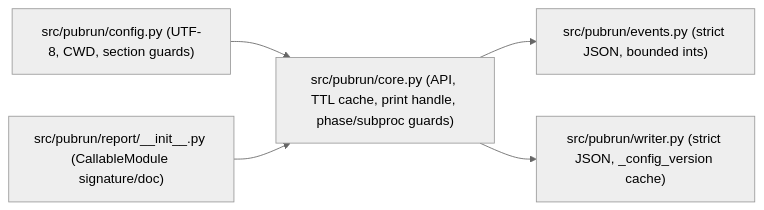
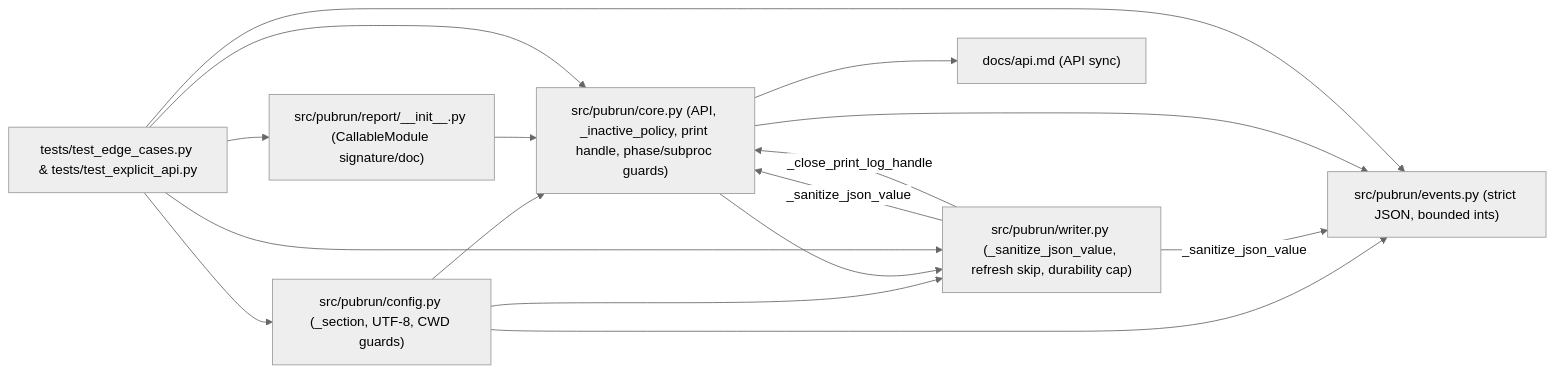
The diagram in .aw/records/plans/pending/20261127-assess-8l-01-1o1cua-config-cwd-artifact-write-safety-strict-json-and-core-api-er.ipd.md (fariello/pubrun), drawn with Mermaid (neutral theme) before and after one commit. The commit also changed other lines of this file and 1 other file, not shown here.

````diff
--- a/.aw/records/plans/pending/20261127-assess-8l-01-1o1cua-config-cwd-artifact-write-safety-strict-json-and-core-api-er.ipd.md
+++ b/.aw/records/plans/pending/20261127-assess-8l-01-1o1cua-config-cwd-artifact-write-safety-strict-json-and-core-api-er.ipd.md
@@ -32,7 +34,18 @@
 ```mermaid
 flowchart LR
-    CFG["src/pubrun/config.py (UTF-8, CWD, section guards)"] --> CORE["src/pubrun/core.py (API, TTL cache, print handle, phase/subproc guards)"]
-    CORE --> EV["src/pubrun/events.py (strict JSON, bounded ints)"]
-    CORE --> WR["src/pubrun/writer.py (strict JSON, _config_version cache)"]
+    CFG["src/pubrun/config.py (_section, UTF-8, CWD guards)"] --> CORE["src/pubrun/core.py (API, _inactive_policy, print handle, phase/subproc guards)"]
+    CFG --> EV["src/pubrun/events.py (strict JSON, bounded ints)"]
+    CFG --> WR["src/pubrun/writer.py (_sanitize_json_value, refresh skip, durability cap)"]
+    WR -->|"_sanitize_json_value"| EV
+    WR -->|"_sanitize_json_value"| CORE
+    WR -->|"_close_print_log_handle"| CORE
+    CORE --> EV
+    CORE --> WR
     REP["src/pubrun/report/__init__.py (CallableModule signature/doc)"] --> CORE
+    CORE --> DOCS["docs/api.md (API sync)"]
+    TESTS["tests/test_edge_cases.py & tests/test_explicit_api.py"] --> CFG
+    TESTS --> CORE
+    TESTS --> EV
+    TESTS --> WR
+    TESTS --> REP
 ```
````
